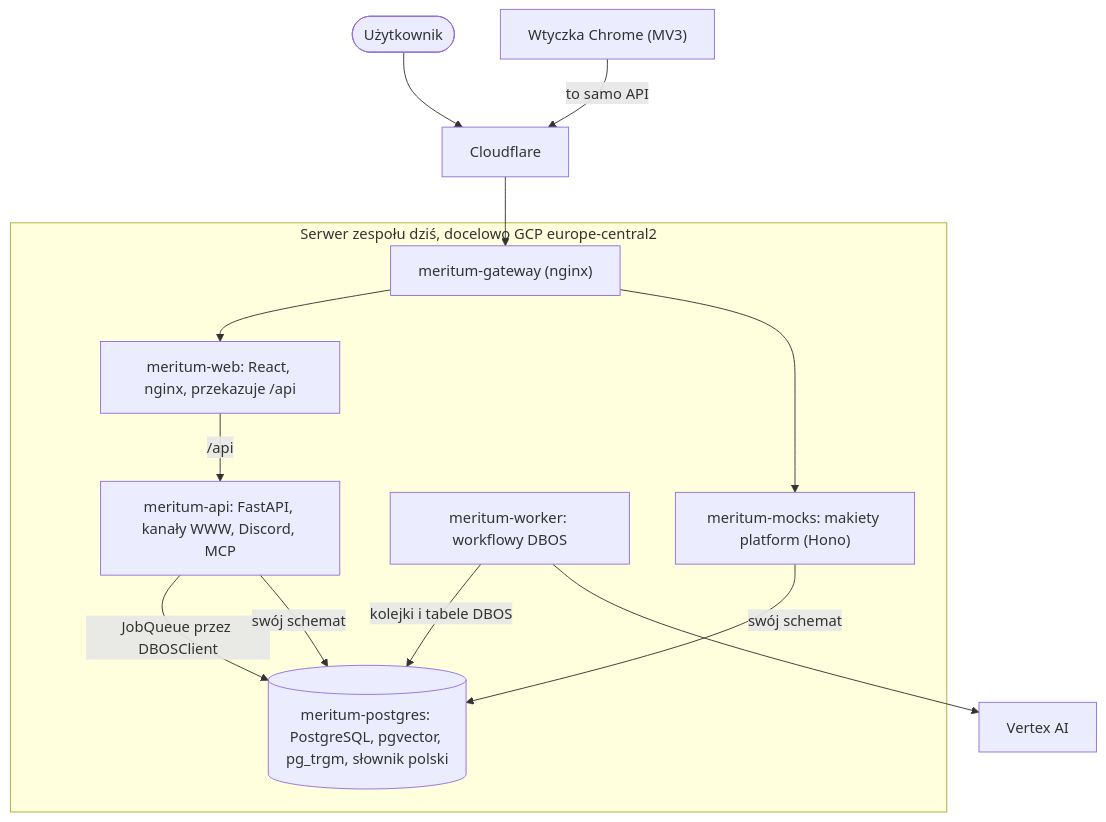
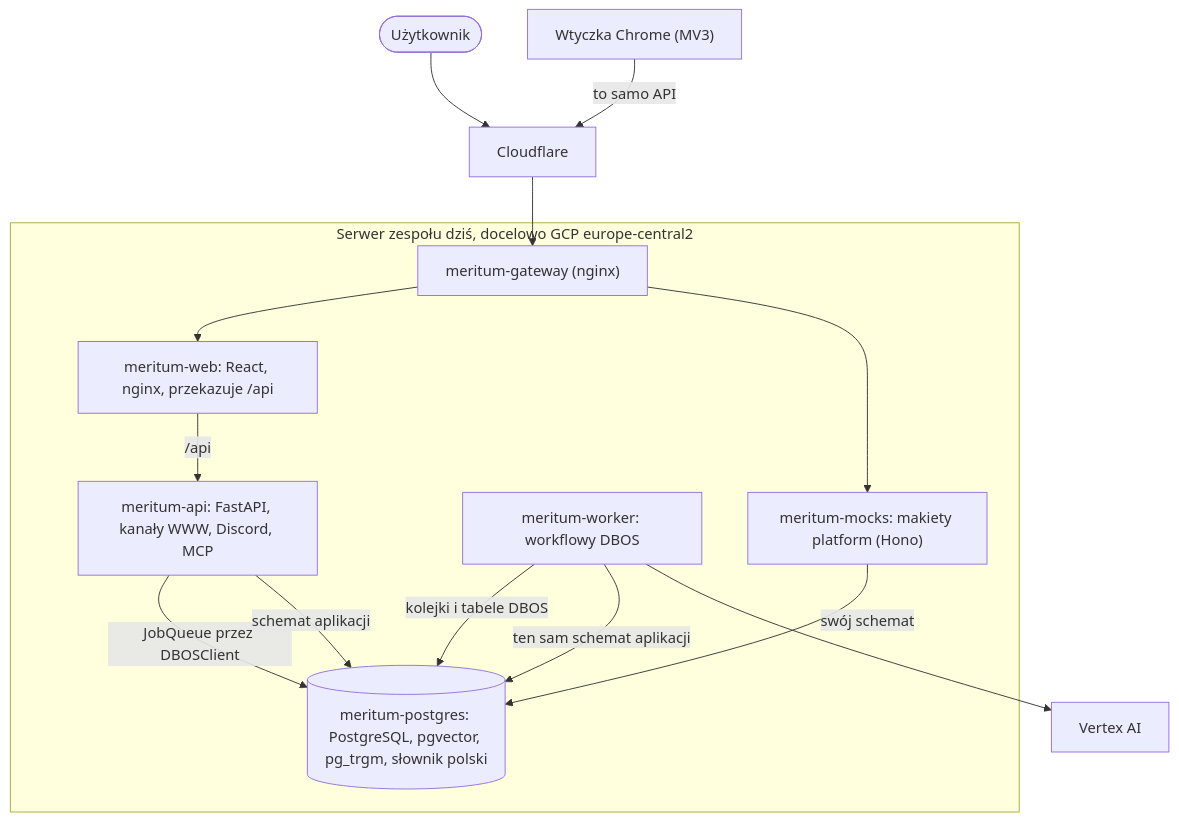
The second of 2 diagrams in docs/architektura/index.md (Meritum-HackNation2026/meritum-docs), drawn with Mermaid before and after one commit. The commit also changed other lines of this file and 4 other files, not shown here.

````diff
--- a/docs/architektura/index.md
+++ b/docs/architektura/index.md
@@ -46,28 +46,29 @@
 ```mermaid
 flowchart TB
   user(["Użytkownik"])
   cf["Cloudflare"]
 
   subgraph host["Serwer zespołu dziś, docelowo GCP europe-central2"]
     gw["meritum-gateway (nginx)"]
     web["meritum-web: React, nginx, przekazuje /api"]
     api["meritum-api: FastAPI, kanały WWW, Discord, MCP"]
     worker["meritum-worker: workflowy DBOS"]
     mocks["meritum-mocks: makiety platform (Hono)"]
     db[("meritum-postgres: PostgreSQL, pgvector, pg_trgm, słownik polski")]
   end
 
   ext["Wtyczka Chrome (MV3)"]
   llm["Vertex AI"]
 
   user --> cf --> gw
   gw --> web
   gw --> mocks
   web -->|"/api"| api
   ext -->|"to samo API"| cf
   api -->|"JobQueue przez DBOSClient"| db
   worker -->|"kolejki i tabele DBOS"| db
-  api -->|"swój schemat"| db
+  api -->|"schemat aplikacji"| db
+  worker -->|"ten sam schemat aplikacji"| db
   mocks -->|"swój schemat"| db
   worker --> llm
 ```
````
